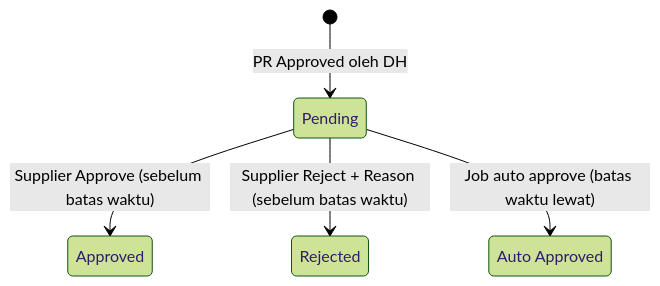
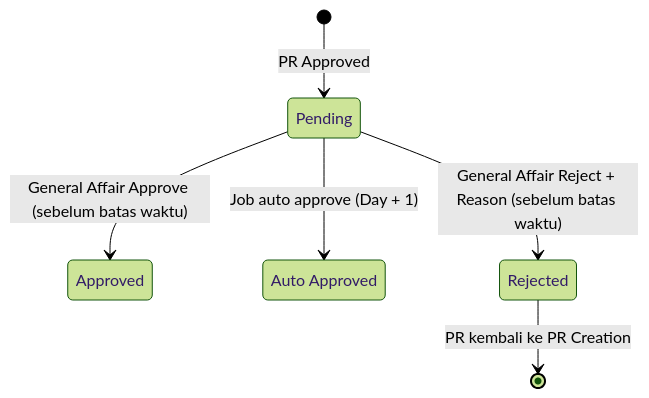
One commit to santo-san/tc-pbr changed the fourth of 4 diagrams in docs/monthly-pr-po-rules.md. Above: the diagram before and after it, drawn with Mermaid (forest theme). The commit also changed other lines of this file and 3 other files, not shown here.

````diff
--- a/docs/monthly-pr-po-rules.md
+++ b/docs/monthly-pr-po-rules.md
@@ -109,11 +122,12 @@
 ```mermaid
 stateDiagram-v2
   state "Pending" as P
   state "Approved" as A
   state "Auto Approved" as AA
   state "Rejected" as R
-  [*] --> P : PR Approved oleh DH
-  P --> A : Supplier Approve (sebelum batas waktu)
-  P --> R : Supplier Reject + Reason (sebelum batas waktu)
-  P --> AA : Job auto approve (batas waktu lewat)
+  [*] --> P : PR Approved
+  P --> A : General Affair Approve (sebelum batas waktu)
+  P --> R : General Affair Reject + Reason (sebelum batas waktu)
+  P --> AA : Job auto approve (Day + 1)
+  R --> [*] : PR kembali ke PR Creation
 ```
````
